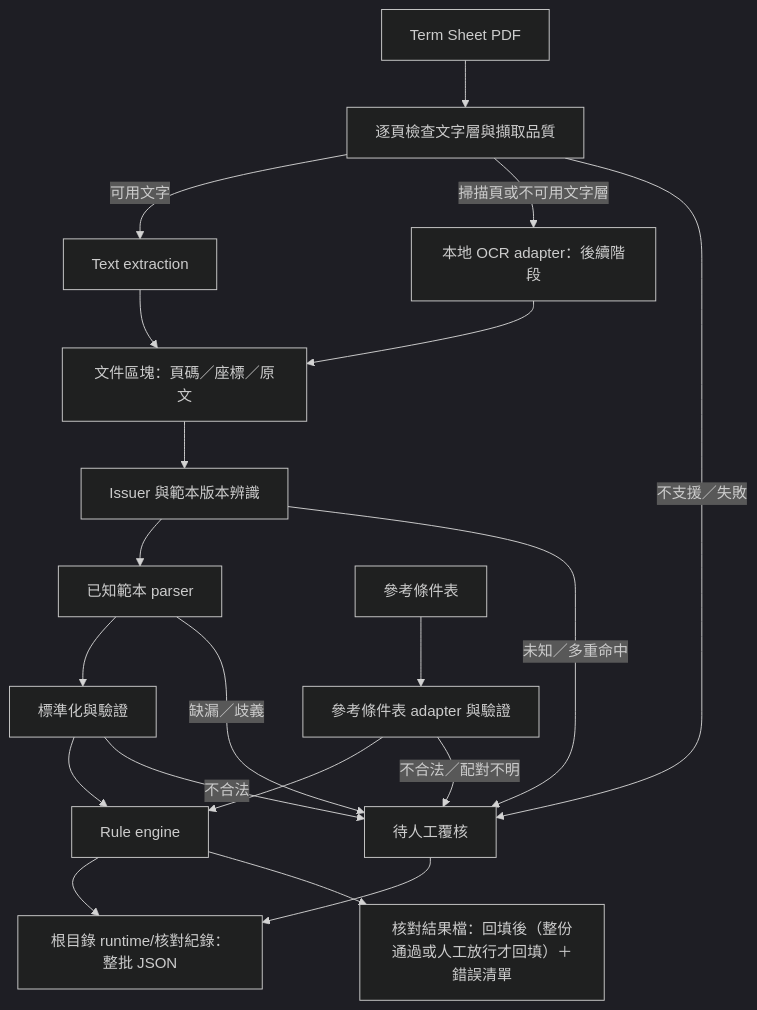
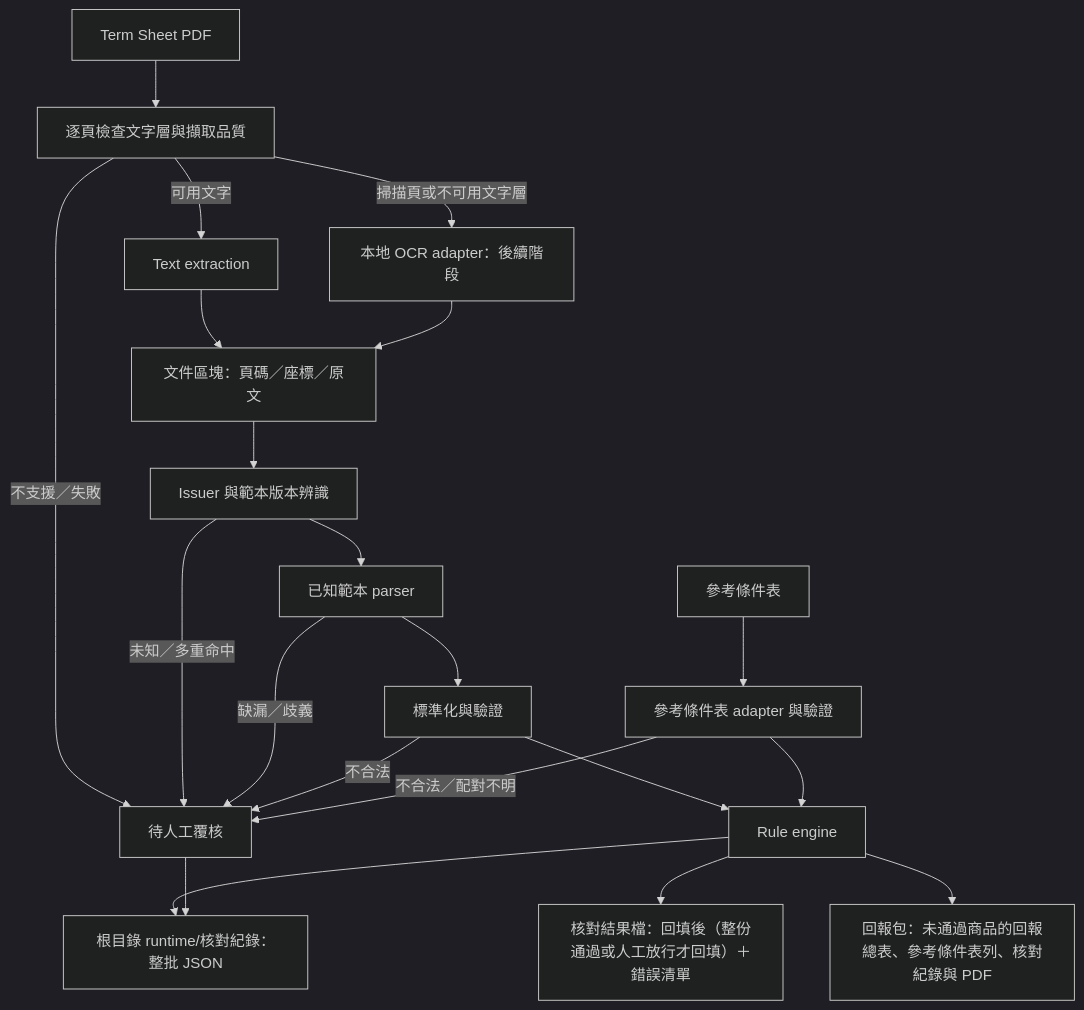
One commit to TaylorYam/fcn-term-sheet-checker changed the diagram in docs/architecture.md. Above: the diagram before and after it, drawn with Mermaid (dark theme). The commit also changed other lines of this file and 8 other files, not shown here.

First line of the commit message:
feat: PANEL 匯出回報包——未通過商品的回報總表、參考條件表列、核對紀錄與 PDF (#204) (#206)

````diff
--- a/docs/architecture.md
+++ b/docs/architecture.md
@@ -11,22 +11,23 @@
 ```mermaid
 flowchart TD
     A[Term Sheet PDF] --> B[逐頁檢查文字層與擷取品質]
     B -->|可用文字| C[Text extraction]
     B -->|掃描頁或不可用文字層| D[本地 OCR adapter：後續階段]
     C --> E[文件區塊：頁碼／座標／原文]
     D --> E
     E --> F[Issuer 與範本版本辨識]
     F --> G[已知範本 parser]
     G --> H[標準化與驗證]
     O[參考條件表] --> P[參考條件表 adapter 與驗證]
     H --> R[Rule engine]
     P --> R
     R --> S[根目錄 runtime/核對紀錄：整批 JSON]
     R --> W[核對結果檔：回填後（整份通過或人工放行才回填）＋錯誤清單]
+    R --> RB[回報包：未通過商品的回報總表、參考條件表列、核對紀錄與 PDF]
     B -->|不支援／失敗| X[待人工覆核]
     F -->|未知／多重命中| X
     G -->|缺漏／歧義| X
     H -->|不合法| X
     P -->|不合法／配對不明| X
     X --> S
 ```
````
